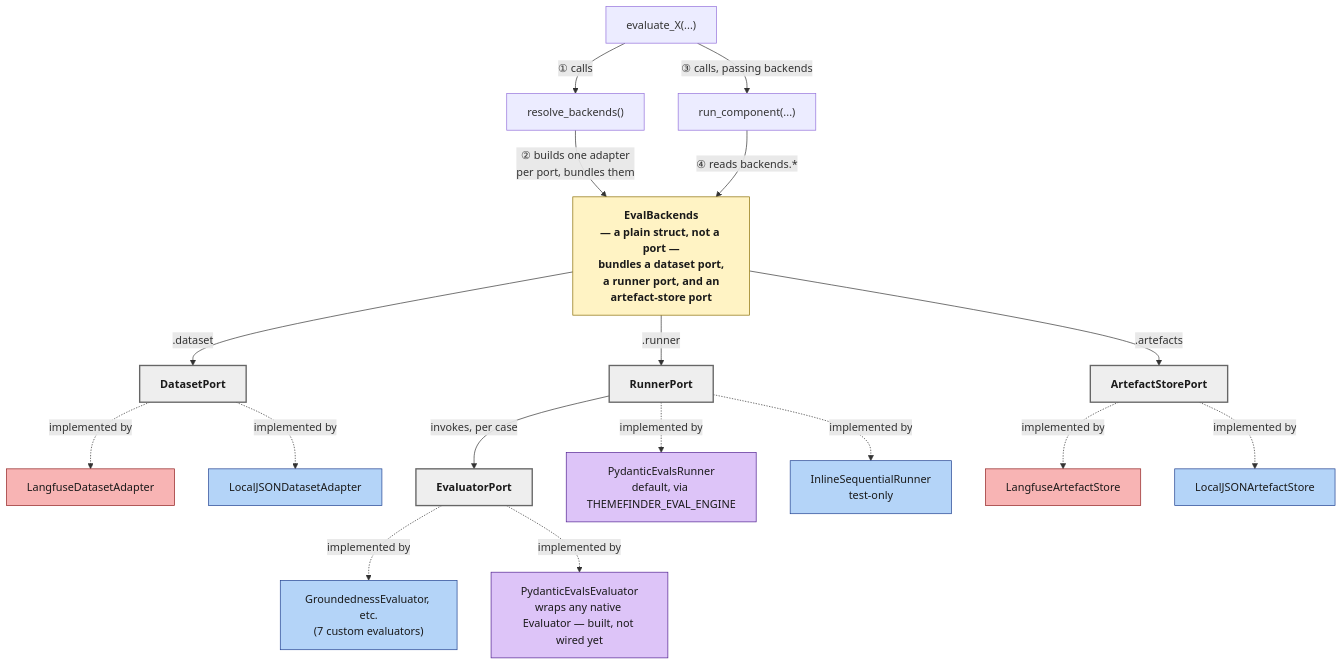
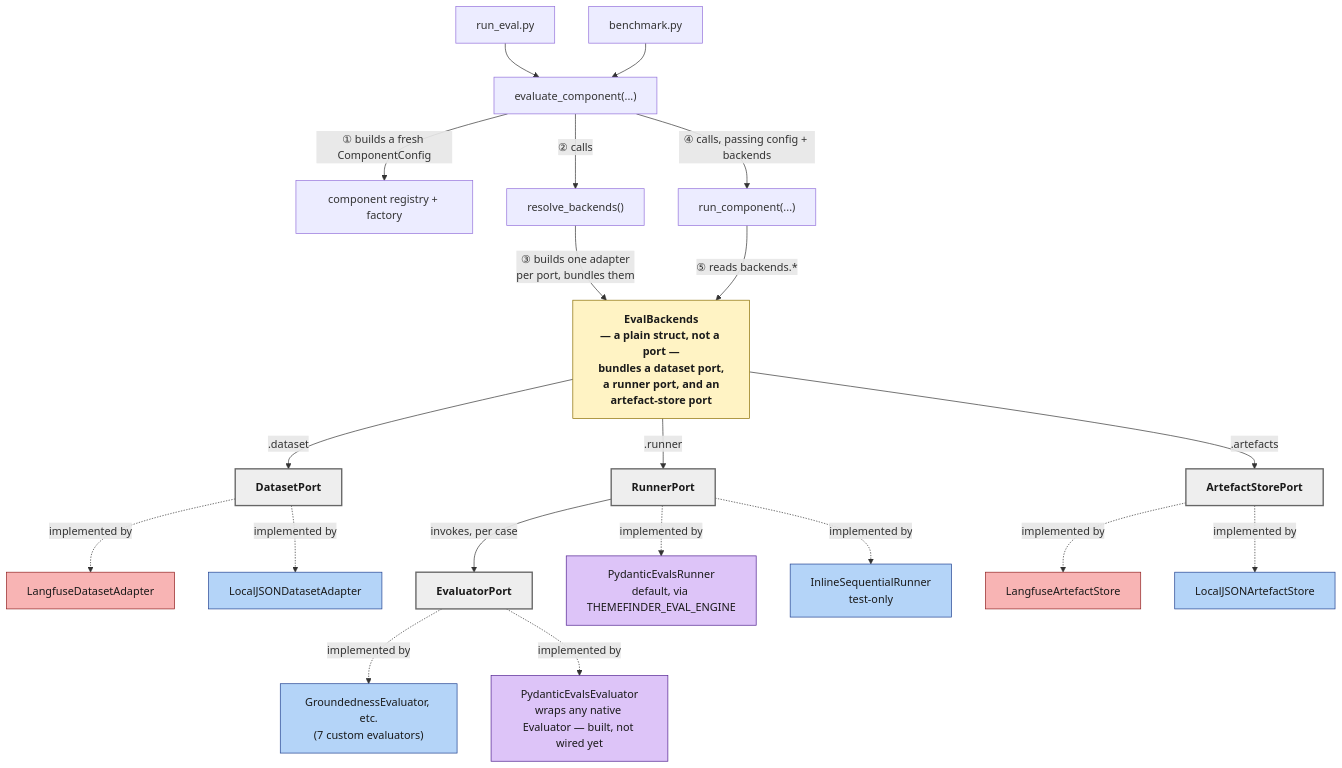
One commit to i-dot-ai/consult changed the diagram in docs/architecture/design/modular-evaluation-framework.md. Above: the diagram before and after it, drawn with Mermaid. The commit also changed other lines of this file and 29 other files, not shown here.

````diff
--- a/docs/architecture/design/modular-evaluation-framework.md
+++ b/docs/architecture/design/modular-evaluation-framework.md
@@ -95,38 +79,41 @@
 ```mermaid
 flowchart TB
-    ES["evaluate_X(...)"] -->|"① calls"| RB["resolve_backends()"]
-    RB -->|"② builds one adapter<br/>per port, bundles them"| EB
-    ES -->|"③ calls, passing backends"| RS["run_component(...)"]
-    RS -->|"④ reads backends.*"| EB
+    CLI["run_eval.py"] --> API["evaluate_component(...)"]
+    BM["benchmark.py"] --> API
+    API -->|"① builds a fresh ComponentConfig"| CF["component registry + factory"]
+    API -->|"② calls"| RB["resolve_backends()"]
+    RB -->|"③ builds one adapter<br/>per port, bundles them"| EB
+    API -->|"④ calls, passing config + backends"| RS["run_component(...)"]
+    RS -->|"⑤ reads backends.*"| EB
 
     EB["EvalBackends<br/>— a plain struct, not a port —<br/>bundles a dataset port,<br/>a runner port, and an<br/>artefact-store port"]
 
     EB -->|".dataset"| DP["DatasetPort"]
     EB -->|".runner"| RP["RunnerPort"]
     EB -->|".artefacts"| AP["ArtefactStorePort"]
     RP -->|"invokes, per case"| EP["EvaluatorPort"]
 
     DP -.->|"implemented by"| LDA["LangfuseDatasetAdapter"]
     DP -.->|"implemented by"| LJDA["LocalJSONDatasetAdapter"]
 
     EP -.->|"implemented by"| CEA["GroundednessEvaluator, etc.<br/>(7 custom evaluators)"]
     EP -.->|"implemented by"| PEA["PydanticEvalsEvaluator<br/>wraps any native Evaluator — built, not wired yet"]
 
     RP -.->|"implemented by"| PER["PydanticEvalsRunner<br/>default, via THEMEFINDER_EVAL_ENGINE"]
     RP -.->|"implemented by"| ISR["InlineSequentialRunner<br/>test-only"]
 
     AP -.->|"implemented by"| LAS["LangfuseArtefactStore"]
     AP -.->|"implemented by"| LJAS["LocalJSONArtefactStore"]
 
     classDef langfuse fill:#f8b4b4,stroke:#902020,color:#1a1a1a
     classDef local fill:#b4d4f8,stroke:#204090,color:#1a1a1a
     classDef pyd fill:#ddc4f8,stroke:#502090,color:#1a1a1a
     classDef port fill:#eee,stroke:#666,color:#1a1a1a,font-weight:bold,stroke-width:2px
     classDef backends fill:#fff3c4,stroke:#8a6d00,color:#1a1a1a,font-weight:bold
     class LDA,LAS langfuse
     class LJDA,LJAS,ISR local
     class PER,PEA pyd
     class CEA local
     class DP,EP,RP,AP port
     class EB backends
 ```
````
